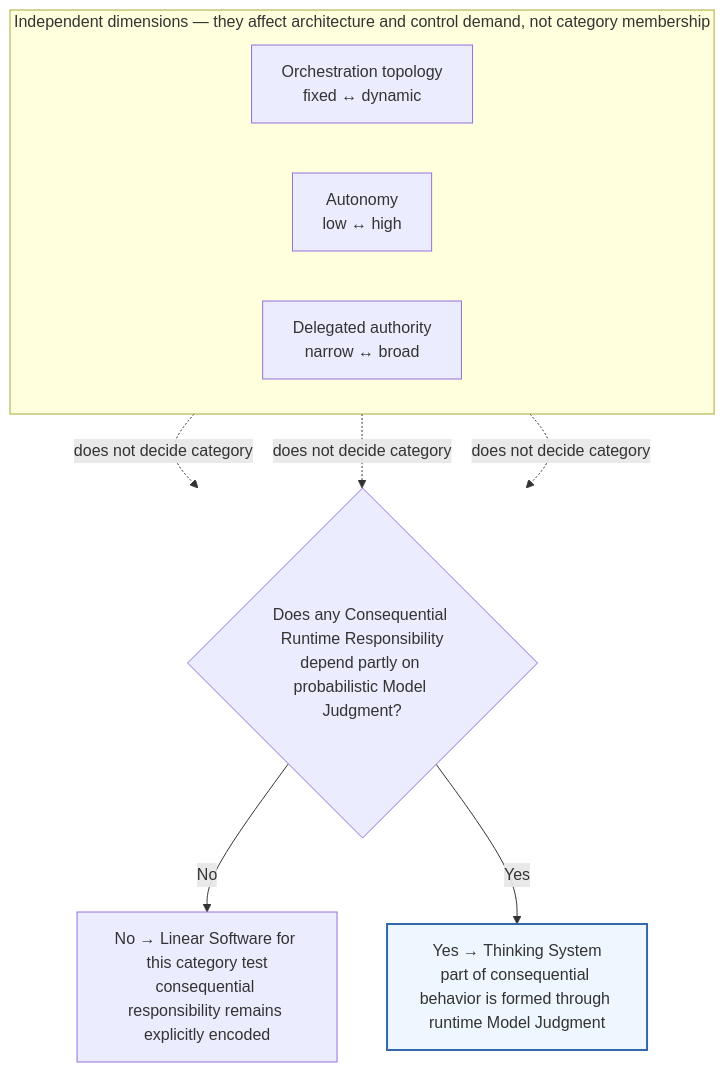
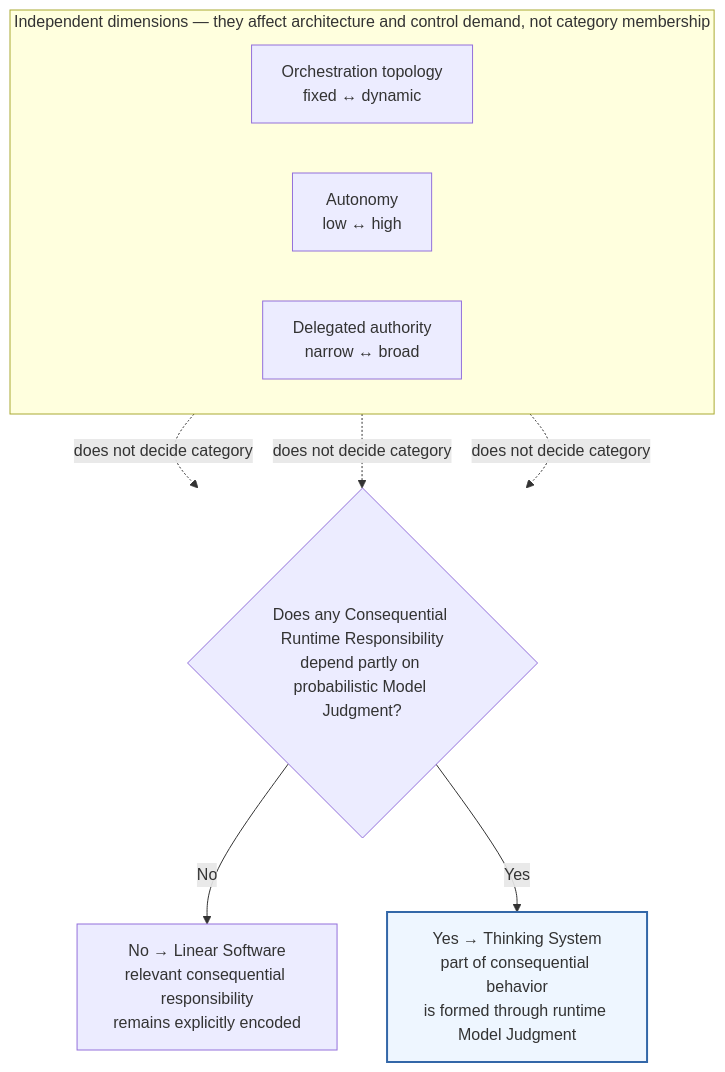
Before and after one commit to UncertaintyArchitectureGroup/uncertainty-architecture: the second of 7 diagrams in content/research/notes/thinking-systems-publication-draft.md, drawn with Mermaid. The commit also changed other lines of this file, not shown here.

````diff
--- a/content/research/notes/thinking-systems-publication-draft.md
+++ b/content/research/notes/thinking-systems-publication-draft.md
@@ -113,22 +88,22 @@
 ```mermaid
 flowchart TB
     subgraph I["Independent dimensions — they affect architecture and control demand, not category membership"]
         direction LR
         O["Orchestration topology<br/>fixed ↔ dynamic"]
         A["Autonomy<br/>low ↔ high"]
         D["Delegated authority<br/>narrow ↔ broad"]
     end
 
     Q{"Does any Consequential Runtime Responsibility<br/>depend partly on probabilistic Model Judgment?"}
-    L["No → Linear Software for this category test<br/>consequential responsibility remains explicitly encoded"]
-    T["Yes → Thinking System<br/>part of consequential behavior is formed through runtime Model Judgment"]
+    L["No → Linear Software<br/>relevant consequential responsibility<br/>remains explicitly encoded"]
+    T["Yes → Thinking System<br/>part of consequential behavior<br/>is formed through runtime Model Judgment"]
 
     O -. does not decide category .-> Q
     A -. does not decide category .-> Q
     D -. does not decide category .-> Q
     Q -->|No| L
     Q -->|Yes| T
 
     classDef thinking fill:#eef6ff,stroke:#3367a8,stroke-width:2px;
     class T thinking;
 ```
````
